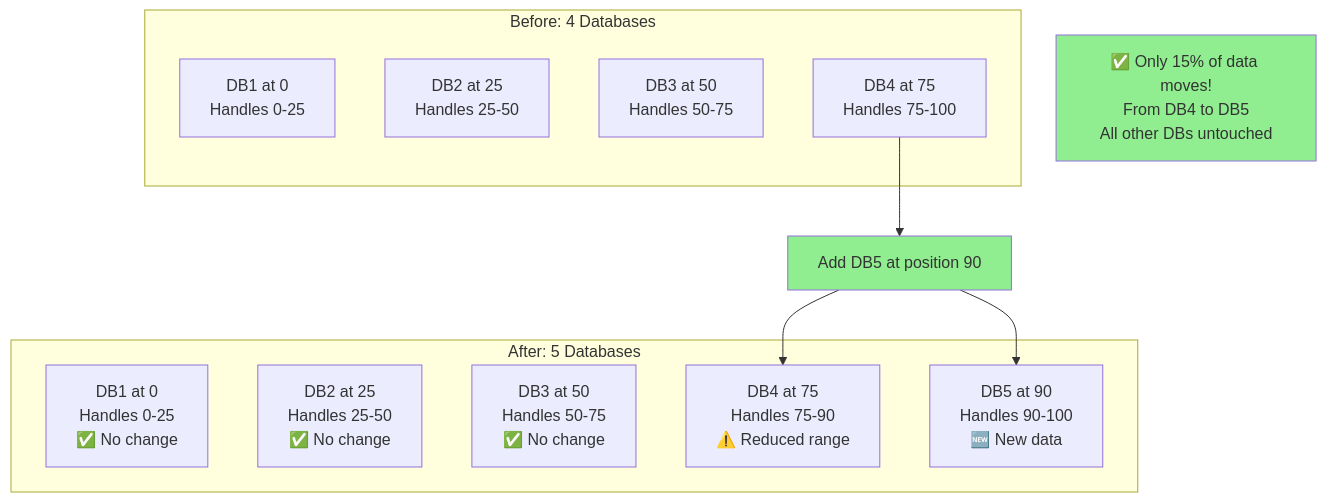
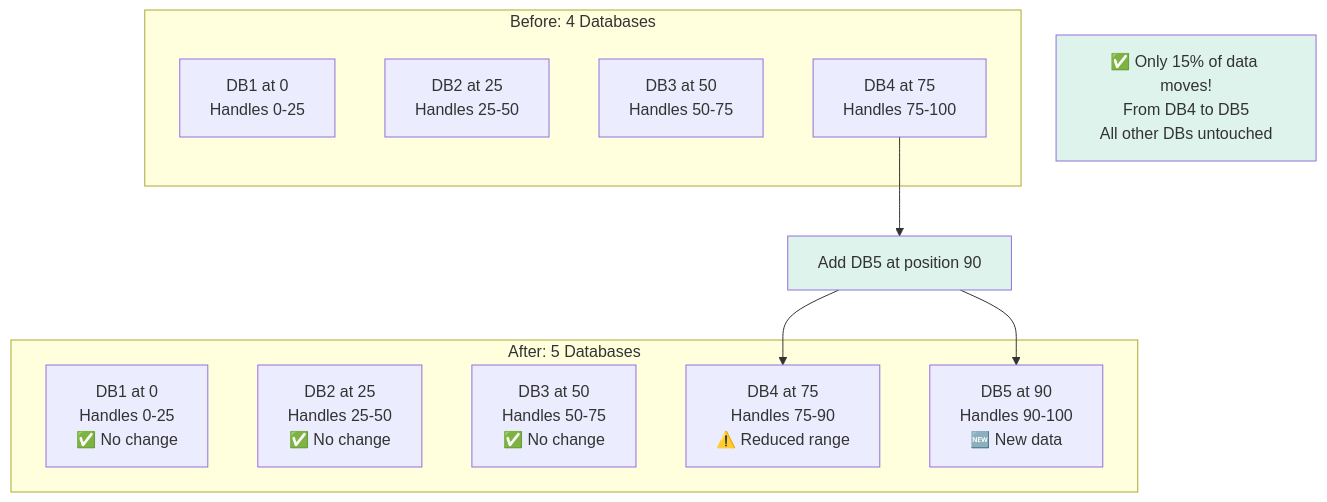
Before and after one commit to cartmancodes/InterviewVault: diagram 14 of 34 in LLD/CoreConcepts/ConsistentHashing.md, drawn with Mermaid. The commit also changed other lines of this file and 679 other files, not shown here.

Commit message:
Unify content diagrams and add accessible visual walkthroughs

````diff
--- a/LLD/CoreConcepts/ConsistentHashing.md
+++ b/LLD/CoreConcepts/ConsistentHashing.md
@@ -358,28 +358,28 @@
 ```mermaid
 graph TB
     subgraph "Before: 4 Databases"
         B_DB1[DB1 at 0<br/>Handles 0-25]
         B_DB2[DB2 at 25<br/>Handles 25-50]
         B_DB3[DB3 at 50<br/>Handles 50-75]
         B_DB4[DB4 at 75<br/>Handles 75-100]
     end
     
     ADD[Add DB5 at position 90]
     
     subgraph "After: 5 Databases"
         A_DB1[DB1 at 0<br/>Handles 0-25<br/>✅ No change]
         A_DB2[DB2 at 25<br/>Handles 25-50<br/>✅ No change]
         A_DB3[DB3 at 50<br/>Handles 50-75<br/>✅ No change]
         A_DB4[DB4 at 75<br/>Handles 75-90<br/>⚠️ Reduced range]
         A_DB5[DB5 at 90<br/>Handles 90-100<br/>🆕 New data]
     end
     
     B_DB4 --> ADD
     ADD --> A_DB4
     ADD --> A_DB5
     
     NOTE[✅ Only 15% of data moves!<br/>From DB4 to DB5<br/>All other DBs untouched]
     
-    style ADD fill:#90EE90
-    style NOTE fill:#90EE90
+    style ADD fill:#DDF3EC
+    style NOTE fill:#DDF3EC
 ```
````
